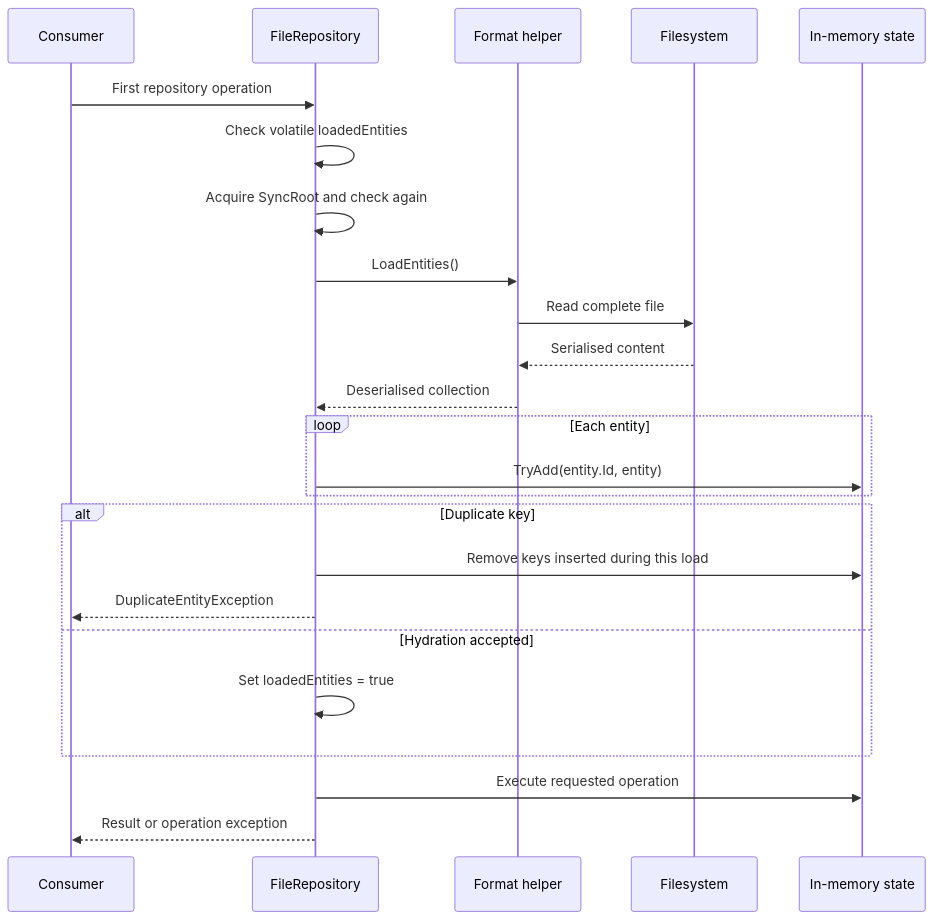
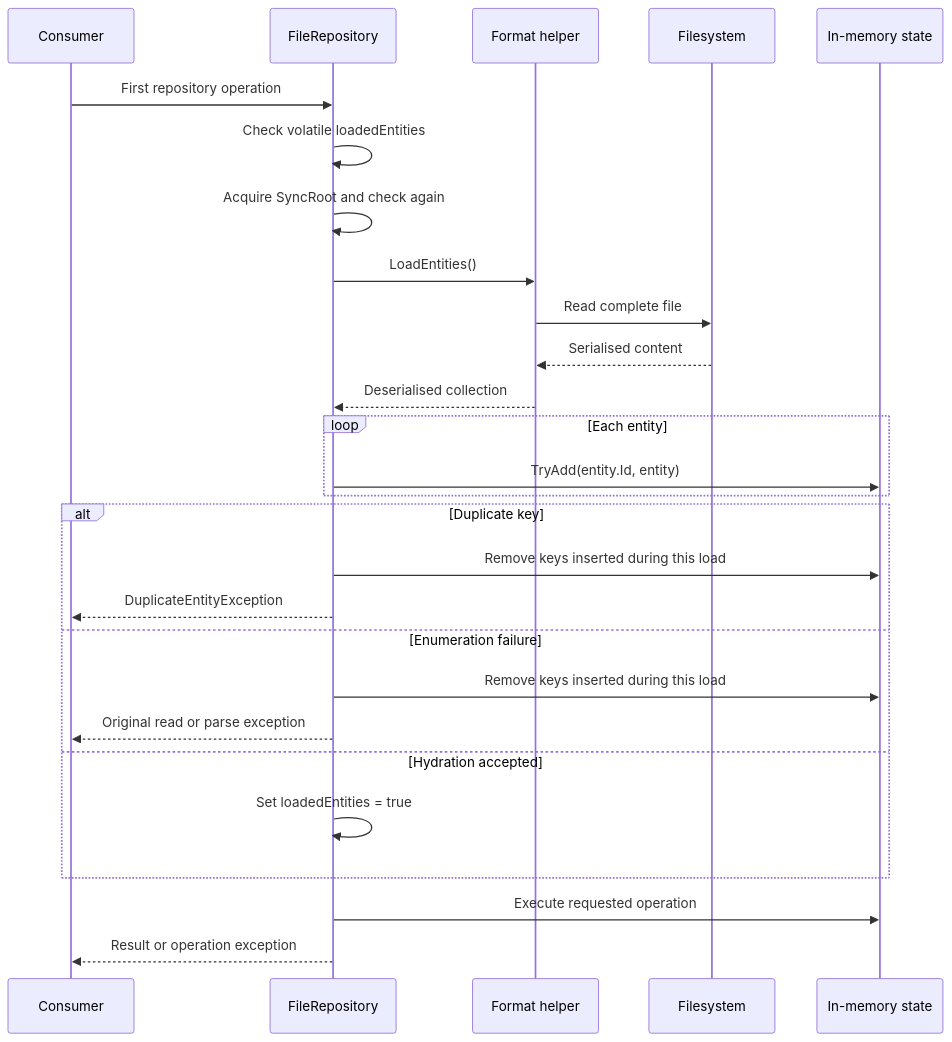
One commit to hmlendea/nucidal changed the sixth of 8 diagrams in ARCHITECTURE.md. Above: the diagram before and after it, drawn with Mermaid. The commit also changed other lines of this file and 5 other files, not shown here.

````diff
--- a/ARCHITECTURE.md
+++ b/ARCHITECTURE.md
@@ -321,27 +321,30 @@
 ```mermaid
 sequenceDiagram
     participant Consumer
     participant FileRepository
     participant Helper as Format helper
     participant FileSystem as Filesystem
     participant State as In-memory state
 
     Consumer->>FileRepository: First repository operation
     FileRepository->>FileRepository: Check volatile loadedEntities
     FileRepository->>FileRepository: Acquire SyncRoot and check again
     FileRepository->>Helper: LoadEntities()
     Helper->>FileSystem: Read complete file
     FileSystem-->>Helper: Serialised content
     Helper-->>FileRepository: Deserialised collection
     loop Each entity
         FileRepository->>State: TryAdd(entity.Id, entity)
     end
     alt Duplicate key
         FileRepository->>State: Remove keys inserted during this load
         FileRepository-->>Consumer: DuplicateEntityException
+    else Enumeration failure
+        FileRepository->>State: Remove keys inserted during this load
+        FileRepository-->>Consumer: Original read or parse exception
     else Hydration accepted
         FileRepository->>FileRepository: Set loadedEntities = true
     end
     FileRepository->>State: Execute requested operation
     FileRepository-->>Consumer: Result or operation exception
 ```
````
